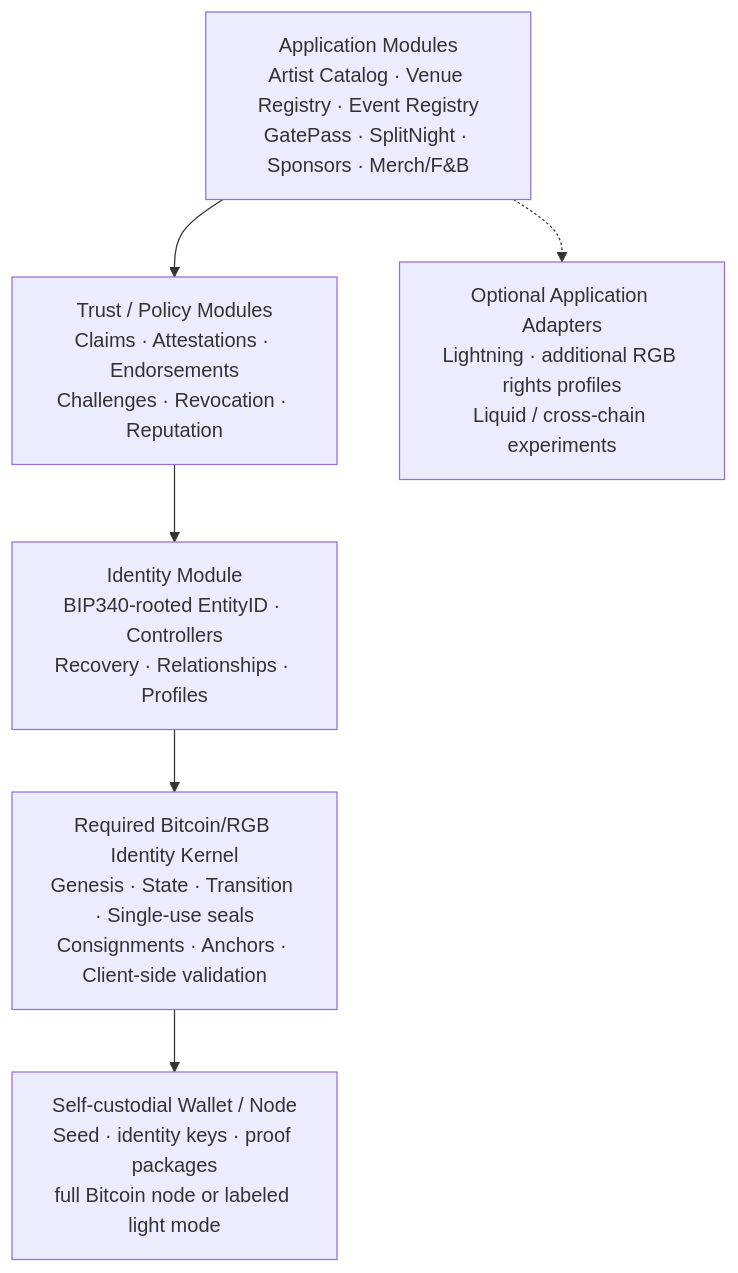
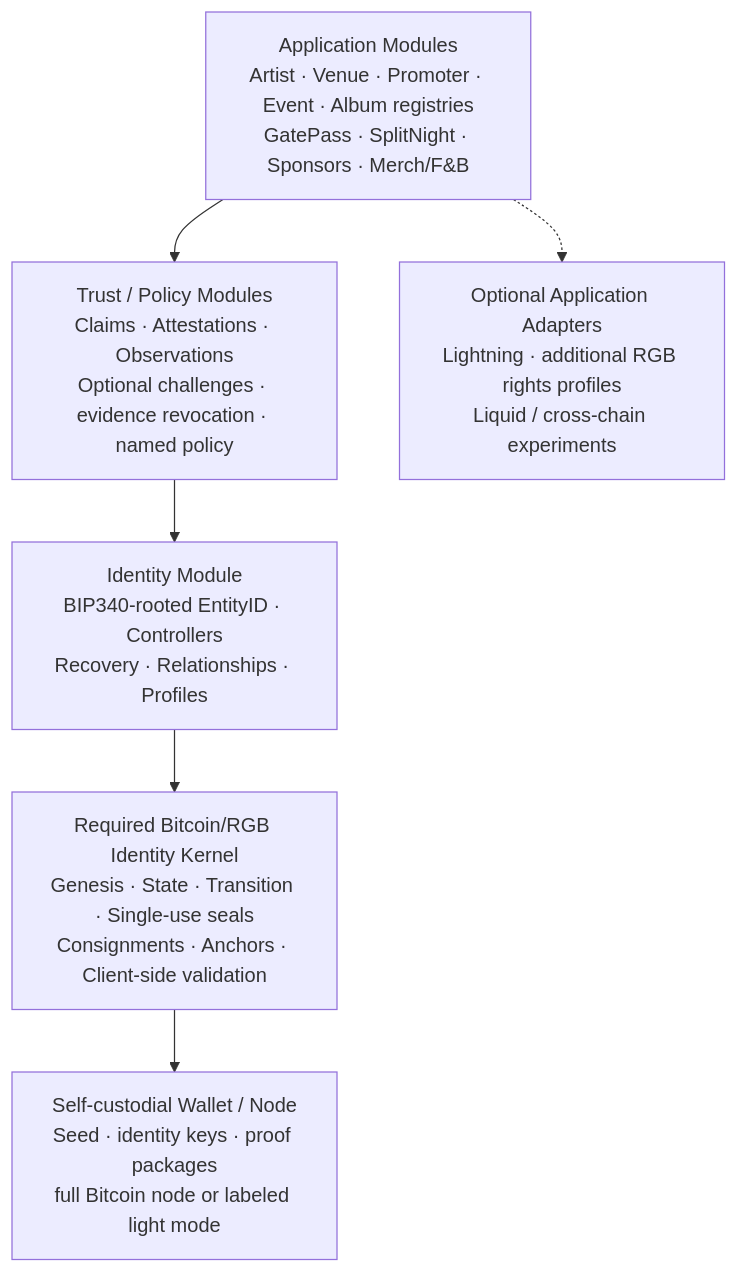
The diagram in docs/diagrams/01-modular-layered-architecture.md (EdwinKestler/o2a-protocol), drawn with Mermaid before and after one commit. The commit also changed 11 other files, not shown here.

Commit message:
Establish document authority and remove obsolete diagrams

````diff
--- a/docs/diagrams/01-modular-layered-architecture.md
+++ b/docs/diagrams/01-modular-layered-architecture.md
@@ -5,15 +5,15 @@
 ```mermaid
 flowchart TB
-    APP["Application Modules<br/>Artist Catalog · Venue Registry · Event Registry<br/>GatePass · SplitNight · Sponsors · Merch/F&B"]
-    TRUST["Trust / Policy Modules<br/>Claims · Attestations · Endorsements<br/>Challenges · Revocation · Reputation"]
+    APP["Application Modules<br/>Artist · Venue · Promoter · Event · Album registries<br/>GatePass · SplitNight · Sponsors · Merch/F&B"]
+    TRUST["Trust / Policy Modules<br/>Claims · Attestations · Observations<br/>Optional challenges · evidence revocation · named policy"]
     ID["Identity Module<br/>BIP340-rooted EntityID · Controllers<br/>Recovery · Relationships · Profiles"]
     KERNEL["Required Bitcoin/RGB Identity Kernel<br/>Genesis · State · Transition · Single-use seals<br/>Consignments · Anchors · Client-side validation"]
     WALLET["Self-custodial Wallet / Node<br/>Seed · identity keys · proof packages<br/>full Bitcoin node or labeled light mode"]
     EXT["Optional Application Adapters<br/>Lightning · additional RGB rights profiles<br/>Liquid / cross-chain experiments"]
 
     APP --> TRUST
     TRUST --> ID
     ID --> KERNEL
     KERNEL --> WALLET
     APP -.-> EXT
 ```
````
